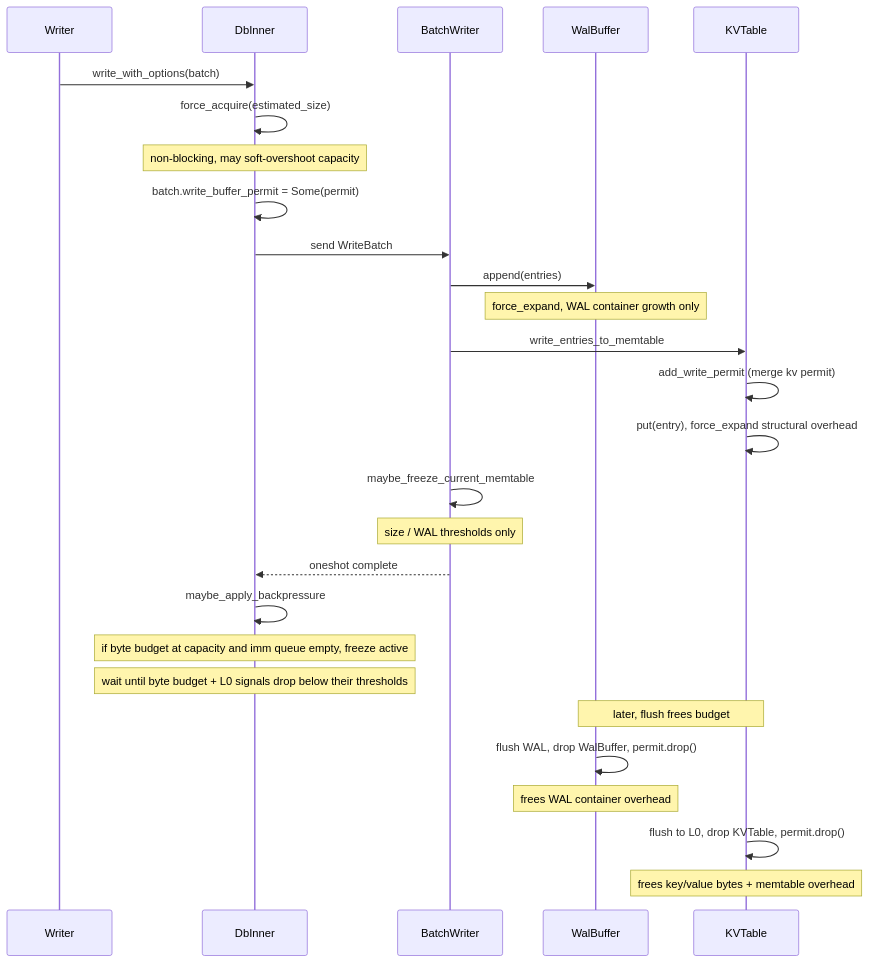
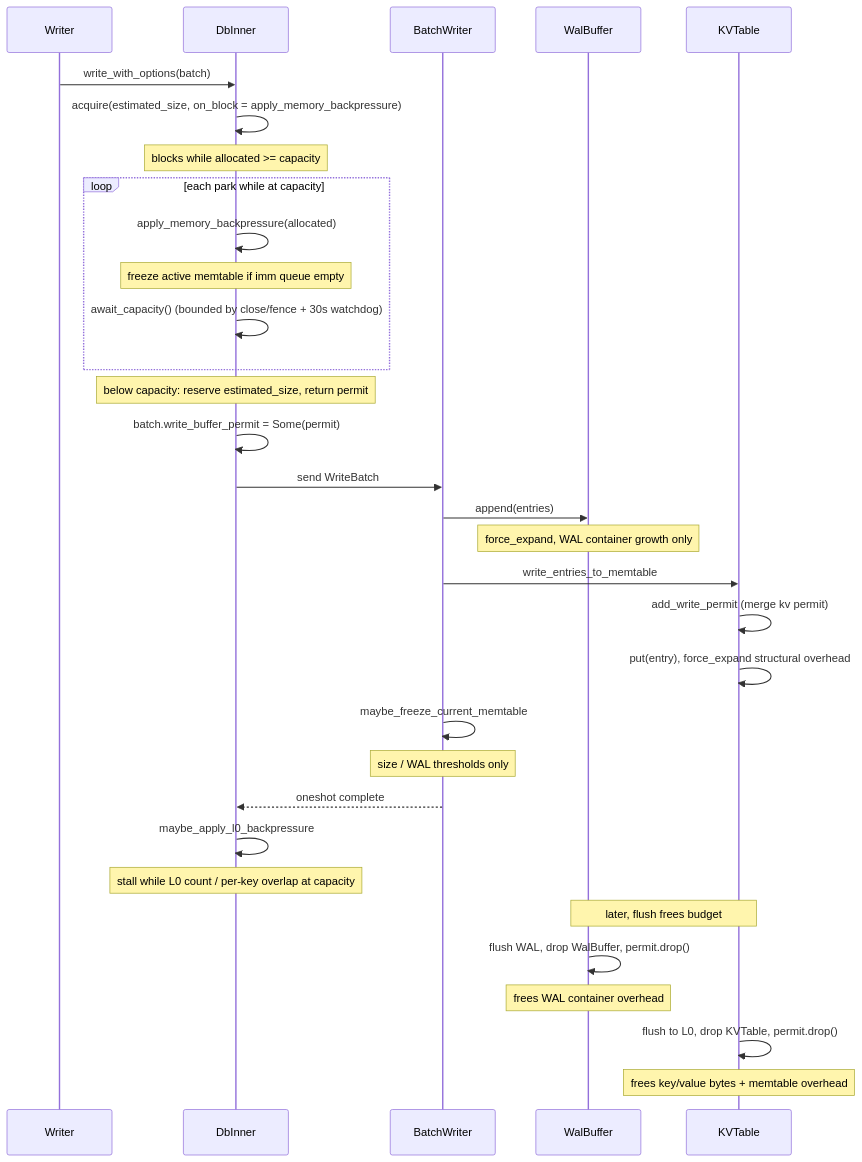
Before and after one commit to slatedb/slatedb: the first of 2 diagrams in rfcs/0029-write-buffer-manager.md, drawn with Mermaid. The commit also changed other lines of this file, not shown here.

Commit message:
moving to acquire with callback. removing duplication in rfc

````diff
--- a/rfcs/0029-write-buffer-manager.md
+++ b/rfcs/0029-write-buffer-manager.md
@@ -361,33 +349,38 @@
 ```mermaid
 sequenceDiagram
     participant W as Writer
     participant DB as DbInner
     participant BW as BatchWriter
     participant WAL as WalBuffer
     participant MT as KVTable
 
     W->>DB: write_with_options(batch)
-    DB->>DB: force_acquire(estimated_size)
-    Note over DB: non-blocking, may soft-overshoot capacity
+    DB->>DB: acquire(estimated_size, on_block = apply_memory_backpressure)
+    Note over DB: blocks while allocated >= capacity
+    loop each park while at capacity
+        DB->>DB: apply_memory_backpressure(allocated)
+        Note over DB: freeze active memtable if imm queue empty
+        DB->>DB: await_capacity() (bounded by close/fence + 30s watchdog)
+    end
+    Note over DB: below capacity: reserve estimated_size, return permit
     DB->>DB: batch.write_buffer_permit = Some(permit)
     DB->>BW: send WriteBatch
 
     BW->>WAL: append(entries)
     Note over WAL: force_expand, WAL container growth only
     BW->>MT: write_entries_to_memtable
     MT->>MT: add_write_permit (merge kv permit)
     MT->>MT: put(entry), force_expand structural overhead
     BW->>BW: maybe_freeze_current_memtable
     Note over BW: size / WAL thresholds only
     BW-->>DB: oneshot complete
 
-    DB->>DB: maybe_apply_backpressure
-    Note over DB: if byte budget at capacity and imm queue empty, freeze active
-    Note over DB: wait until byte budget + L0 signals drop below their thresholds
+    DB->>DB: maybe_apply_l0_backpressure
+    Note over DB: stall while L0 count / per-key overlap at capacity
 
     Note over WAL,MT: later, flush frees budget
     WAL->>WAL: flush WAL, drop WalBuffer, permit.drop()
     Note over WAL: frees WAL container overhead
     MT->>MT: flush to L0, drop KVTable, permit.drop()
     Note over MT: frees key/value bytes + memtable overhead
 ```
````
